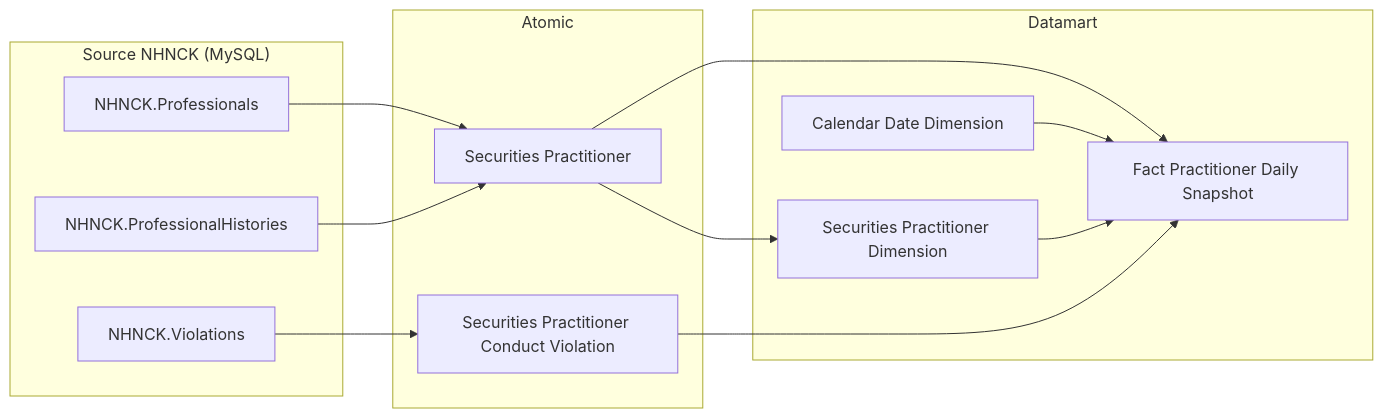
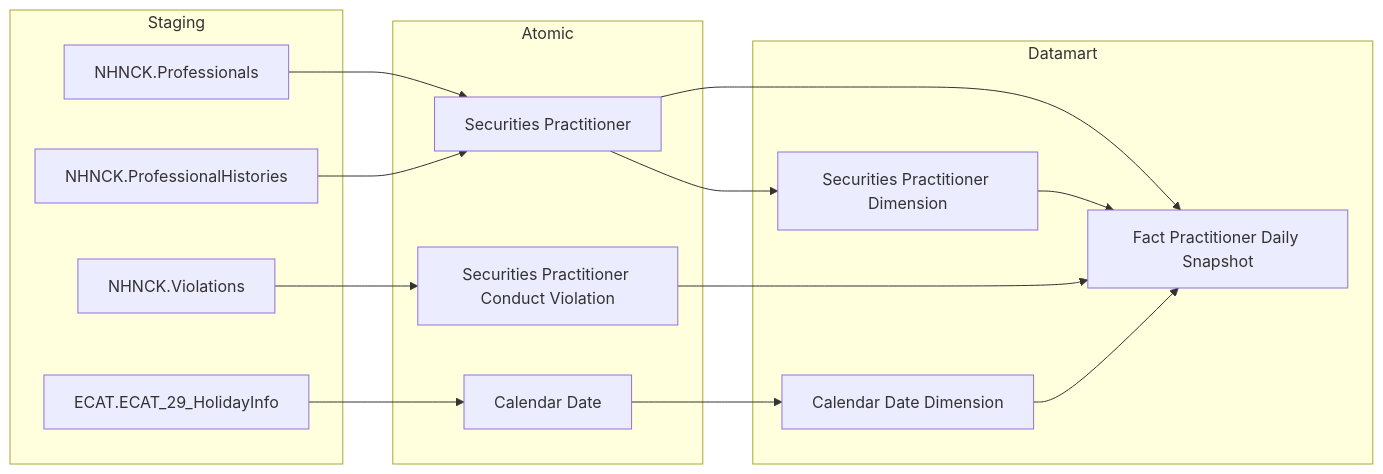
Before and after one commit to linhlvit/ubck_atomic_design: the second of 31 diagrams in Datamart/hld/DTM_NHNCK_HLD.md, drawn with Mermaid. The commit also changed other lines of this file and 11 other files, not shown here.

````diff
--- a/Datamart/hld/DTM_NHNCK_HLD.md
+++ b/Datamart/hld/DTM_NHNCK_HLD.md
@@ -55,30 +61,34 @@
 ```mermaid
 flowchart LR
-    subgraph SRC["Source NHNCK (MySQL)"]
+    subgraph SRC["Staging"]
         S1["NHNCK.Professionals"]
         S2["NHNCK.ProfessionalHistories"]
         S3["NHNCK.Violations"]
+        ECAT_ECAT_29_HolidayInfo["ECAT.ECAT_29_HolidayInfo"]
     end
 
     subgraph SIL["Atomic"]
         SV1["Securities Practitioner"]
         SV2["Securities Practitioner Conduct Violation"]
+        Calendar_Date["Calendar Date"]
     end
 
-    subgraph Datamart["Datamart"]
+    subgraph GOLD["Datamart"]
         G1["Fact Practitioner Daily Snapshot"]
         G2["Securities Practitioner Dimension"]
         G3["Calendar Date Dimension"]
     end
 
     S1 --> SV1
     S2 --> SV1
     S3 --> SV2
+    ECAT_ECAT_29_HolidayInfo --> Calendar_Date
 
     SV1 --> G1
     SV1 --> G2
     SV2 --> G1
+    Calendar_Date --> G3
 
     G2 --> G1
     G3 --> G1
 ```
````
